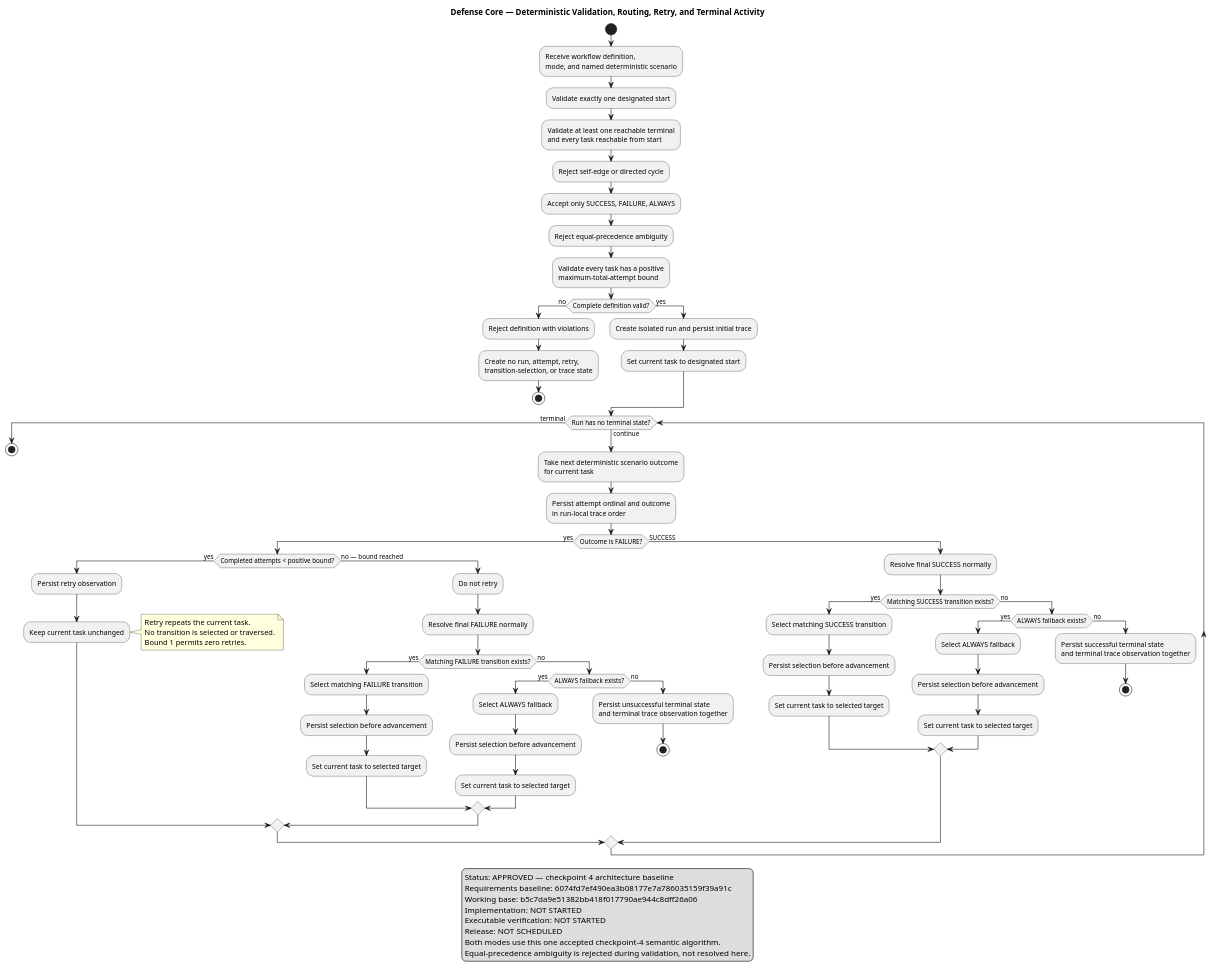
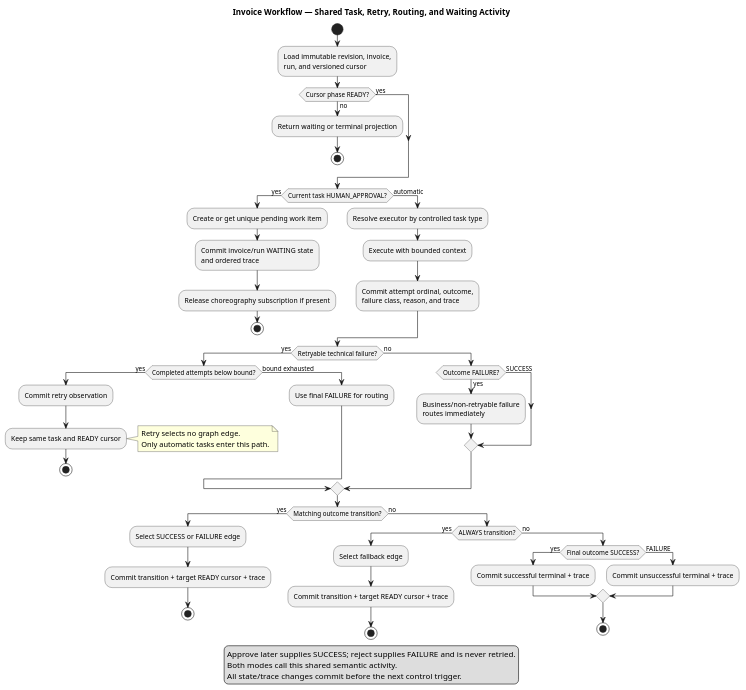
Before and after one commit to MAES1102/WMS: the diagram in docs/architecture/uml/routing-retry-activity.puml, drawn with PlantUML. The commit also changed 147 other files, not shown here.

Commit message:
feat: finalize invoice approval reference product

```diff
--- a/docs/architecture/uml/routing-retry-activity.puml
+++ b/docs/architecture/uml/routing-retry-activity.puml
@@ -1,93 +1,72 @@
 @startuml
-title Defense Core — Deterministic Validation, Routing, Retry, and Terminal Activity
+title Invoice Workflow — Shared Task, Retry, Routing, and Waiting Activity
 skinparam shadowing false
 
 start
-:Receive workflow definition,
-mode, and named deterministic scenario;
-:Validate exactly one designated start;
-:Validate at least one reachable terminal
-and every task reachable from start;
-:Reject self-edge or directed cycle;
-:Accept only SUCCESS, FAILURE, ALWAYS;
-:Reject equal-precedence ambiguity;
-:Validate every task has a positive
-maximum-total-attempt bound;
+:Load immutable revision, invoice,
+run, and versioned cursor;
 
-if (Complete definition valid?) then (no)
-  :Reject definition with violations;
-  :Create no run, attempt, retry,
-  transition-selection, or trace state;
+if (Cursor phase READY?) then (no)
+  :Return waiting or terminal projection;
   stop
 else (yes)
-  :Create isolated run and persist initial trace;
-  :Set current task to designated start;
 endif
 
-while (Run has no terminal state?) is (continue)
-  :Take next deterministic scenario outcome
-  for current task;
-  :Persist attempt ordinal and outcome
-  in run-local trace order;
+if (Current task HUMAN_APPROVAL?) then (yes)
+  :Create or get unique pending work item;
+  :Commit invoice/run WAITING state
+  and ordered trace;
+  :Release choreography subscription if present;
+  stop
+else (automatic)
+  :Resolve executor by controlled task type;
+  :Execute with bounded context;
+  :Commit attempt ordinal, outcome,
+  failure class, reason, and trace;
+endif
 
-  if (Outcome is FAILURE?) then (yes)
-    if (Completed attempts < positive bound?) then (yes)
-      :Persist retry observation;
-      :Keep current task unchanged;
-      note right
-      Retry repeats the current task.
-      No transition is selected or traversed.
-      Bound 1 permits zero retries.
-      end note
-    else (no — bound reached)
-      :Do not retry;
-      :Resolve final FAILURE normally;
-      if (Matching FAILURE transition exists?) then (yes)
-        :Select matching FAILURE transition;
-        :Persist selection before advancement;
-        :Set current task to selected target;
-      else (no)
-        if (ALWAYS fallback exists?) then (yes)
-          :Select ALWAYS fallback;
-          :Persist selection before advancement;
-          :Set current task to selected target;
-        else (no)
-          :Persist unsuccessful terminal state
-          and terminal trace observation together;
-          stop
-        endif
-      endif
+if (Retryable technical failure?) then (yes)
+  if (Completed attempts below bound?) then (yes)
+    :Commit retry observation;
+    :Keep same task and READY cursor;
+    note right
+    Retry selects no graph edge.
+    Only automatic tasks enter this path.
+    end note
+    stop
+  else (bound exhausted)
+    :Use final FAILURE for routing;
+  endif
+else (no)
+  if (Outcome FAILURE?) then (yes)
+    :Business/non-retryable failure
+    routes immediately;
+  else (SUCCESS)
+  endif
+endif
+
+if (Matching outcome transition?) then (yes)
+  :Select SUCCESS or FAILURE edge;
+  :Commit transition + target READY cursor + trace;
+  stop
+else (no)
+  if (ALWAYS transition?) then (yes)
+    :Select fallback edge;
+    :Commit transition + target READY cursor + trace;
+    stop
+  else (no)
+    if (Final outcome SUCCESS?) then (yes)
+      :Commit successful terminal + trace;
+    else (FAILURE)
+      :Commit unsuccessful terminal + trace;
     endif
-  else (SUCCESS)
-    :Resolve final SUCCESS normally;
-    if (Matching SUCCESS transition exists?) then (yes)
-      :Select matching SUCCESS transition;
-      :Persist selection before advancement;
-      :Set current task to selected target;
-    else (no)
-      if (ALWAYS fallback exists?) then (yes)
-        :Select ALWAYS fallback;
-        :Persist selection before advancement;
-        :Set current task to selected target;
-      else (no)
-        :Persist successful terminal state
-        and terminal trace observation together;
-        stop
-      endif
-    endif
+    stop
   endif
-endwhile (terminal)
-
-stop
+endif
 
 legend
-Status: APPROVED — checkpoint 4 architecture baseline
-Requirements baseline: 6074fd7ef490ea3b08177e7a786035159f39a91c
-Working base: b5c7da9e51382bb418f017790ae944c8dff26a06
-Implementation: NOT STARTED
-Executable verification: NOT STARTED
-Release: NOT SCHEDULED
-Both modes use this one accepted checkpoint-4 semantic algorithm.
-Equal-precedence ambiguity is rejected during validation, not resolved here.
+Approve later supplies SUCCESS; reject supplies FAILURE and is never retried.
+Both modes call this shared semantic activity.
+All state/trace changes commit before the next control trigger.
 endlegend
 @enduml
```
